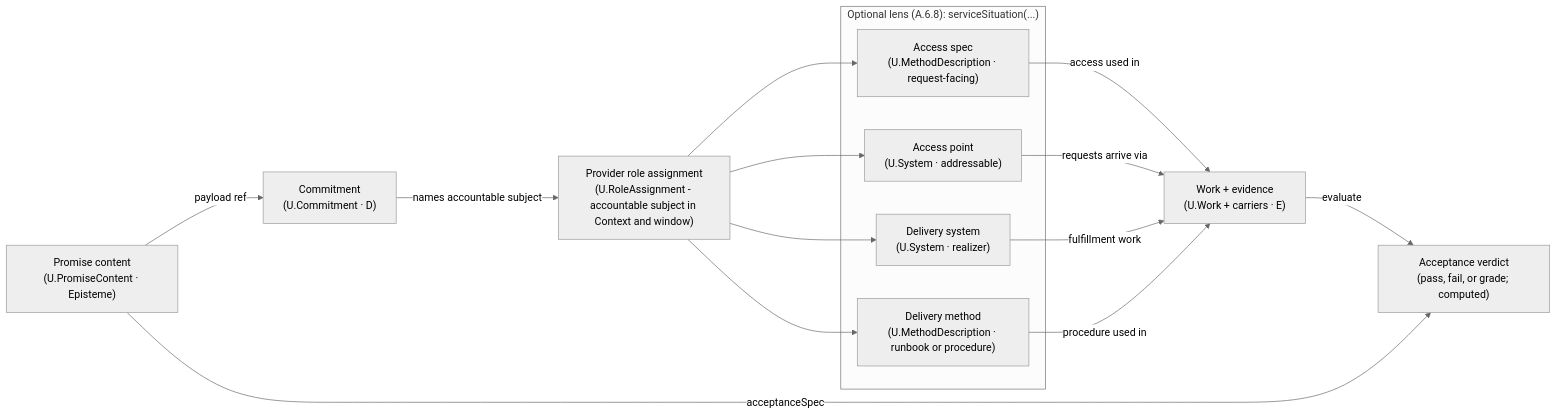
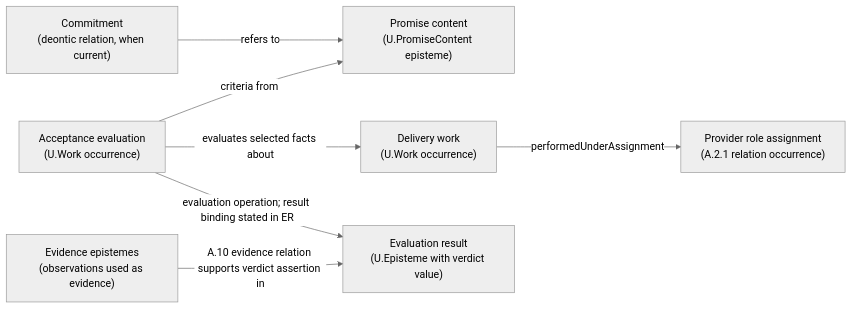
One commit to CodeAlive-AI/ai-driven-development changed the diagram in skills/fpf-problem-solving/sections/05-part-a---kernel-architecture-cluster/07-a-2-3---u-promisecontent.md. Above: the diagram before and after it, drawn with Mermaid (neutral theme). The commit also changed other lines of this file and 33 other files, not shown here.

````diff
--- a/skills/fpf-problem-solving/sections/05-part-a---kernel-architecture-cluster/07-a-2-3---u-promisecontent.md
+++ b/skills/fpf-problem-solving/sections/05-part-a---kernel-architecture-cluster/07-a-2-3---u-promisecontent.md
@@ -226,32 +231,18 @@
 ```mermaid
 flowchart LR
-  SC["Promise content<br/>(U.PromiseContent · Episteme)"]
-  C["Commitment<br/>(U.Commitment · D)"]
-  RA["Provider role assignment<br/>(U.RoleAssignment - accountable subject in Context and window)"]
+  SC["Promise content<br/>(U.PromiseContent episteme)"]
+  C["Commitment<br/>(deontic relation, when current)"]
+  RA["Provider role assignment<br/>(A.2.1 relation occurrence)"]
+  W["Delivery work<br/>(U.Work occurrence)"]
+  EV["Evidence epistemes<br/>(observations used as evidence)"]
+  EW["Acceptance evaluation<br/>(U.Work occurrence)"]
+  ER["Evaluation result<br/>(U.Episteme with verdict value)"]
 
-  subgraph LENS["Optional lens (A.6.8): serviceSituation(...)"]
-    AS["Access spec<br/>(U.MethodDescription · request‑facing)"]
-    AP["Access point<br/>(U.System · addressable)"]
-    DS["Delivery system<br/>(U.System · realizer)"]
-    DM["Delivery method<br/>(U.MethodDescription · runbook or procedure)"]
-  end
-
-  W["Work + evidence<br/>(U.Work + carriers · E)"]
-  V["Acceptance verdict<br/>(pass, fail, or grade; computed)"]
-
-  SC -->|"payload ref"| C
-  C -->|"names accountable subject"| RA
-
-  RA --> AS
-  RA --> AP
-  RA --> DS
-  RA --> DM
-
-  AS -->|"access used in"| W
-  AP -->|"requests arrive via"| W
-  DS -->|"fulfillment work"| W
-  DM -->|"procedure used in"| W
-
-  W -->|"evaluate"| V
-  SC -->|"acceptanceSpec"| V
+  C -->|"refers to"| SC
+  %% The accountable-subject position of the commitment is filled directly; no universal commitment-to-assignment relation is asserted.
+  W -->|"performedUnderAssignment"| RA
+  EW -->|"evaluates selected facts about"| W
+  EW -->|"criteria from"| SC
+  EW -->|"evaluation operation; result binding stated in ER"| ER
+  EV -->|"A.10 evidence relation supports verdict assertion in"| ER
 ```
````
